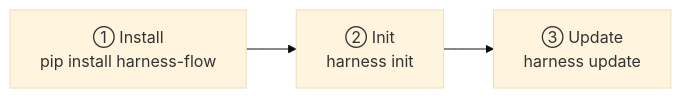
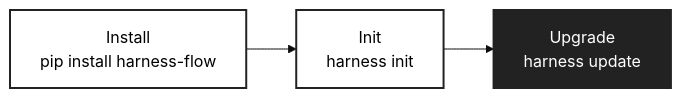
The second of 3 diagrams in README.md (arthaszeng/harness-orchestrator), drawn with Mermaid (base theme) before and after one commit. The commit also changed other lines of this file and 1 other file, not shown here.

First line of the commit message:
docs(readme): fix flow diagram layout, unify mermaid styles, improve structure (#89)

````diff
--- a/README.md
+++ b/README.md
@@ -111,7 +109,11 @@
 ```mermaid
 flowchart LR
-  S1["① Install\npip install harness-flow"]
-  S2["② Init\nharness init"]
-  S3["③ Update\nharness update"]
+  S1["Install\npip install harness-flow"]
+  S2["Init\nharness init"]
+  S3["Upgrade\nharness update"]
   S1 --> S2 --> S3
+
+  style S1 fill:#fff,stroke:#222,stroke-width:2px,color:#000
+  style S2 fill:#fff,stroke:#222,stroke-width:2px,color:#000
+  style S3 fill:#222,stroke:#222,stroke-width:2px,color:#fff
 ```
````
